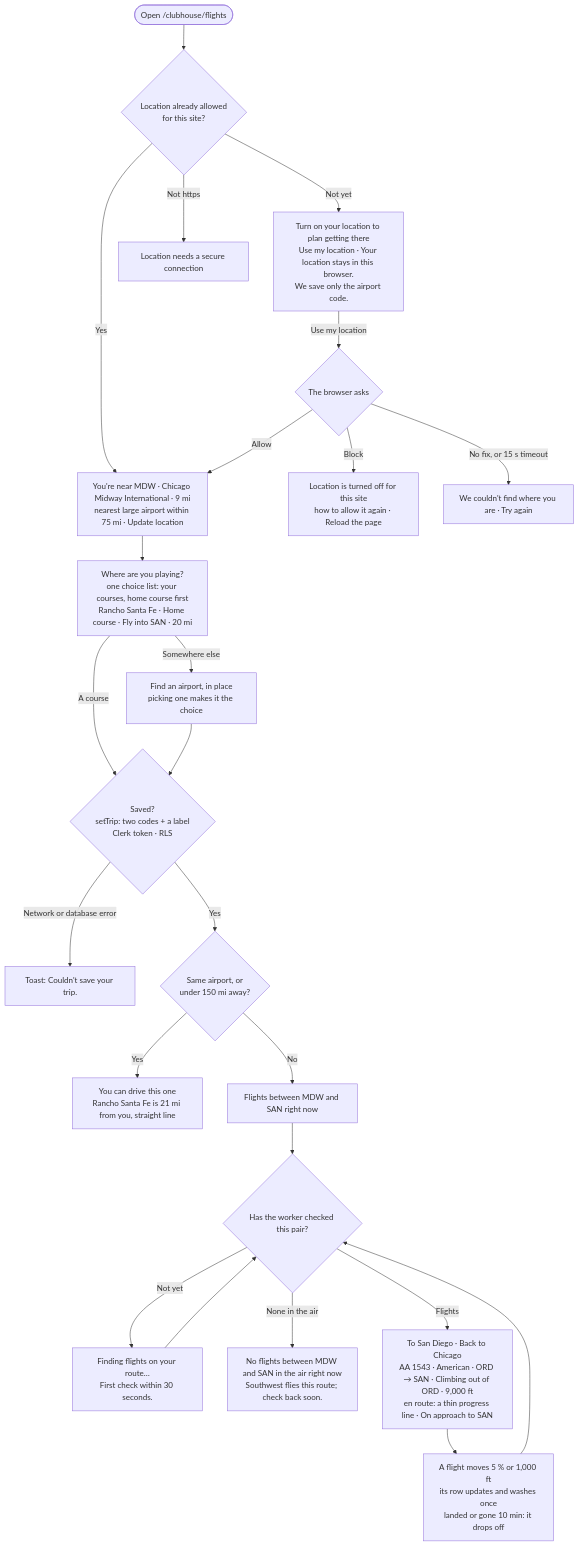
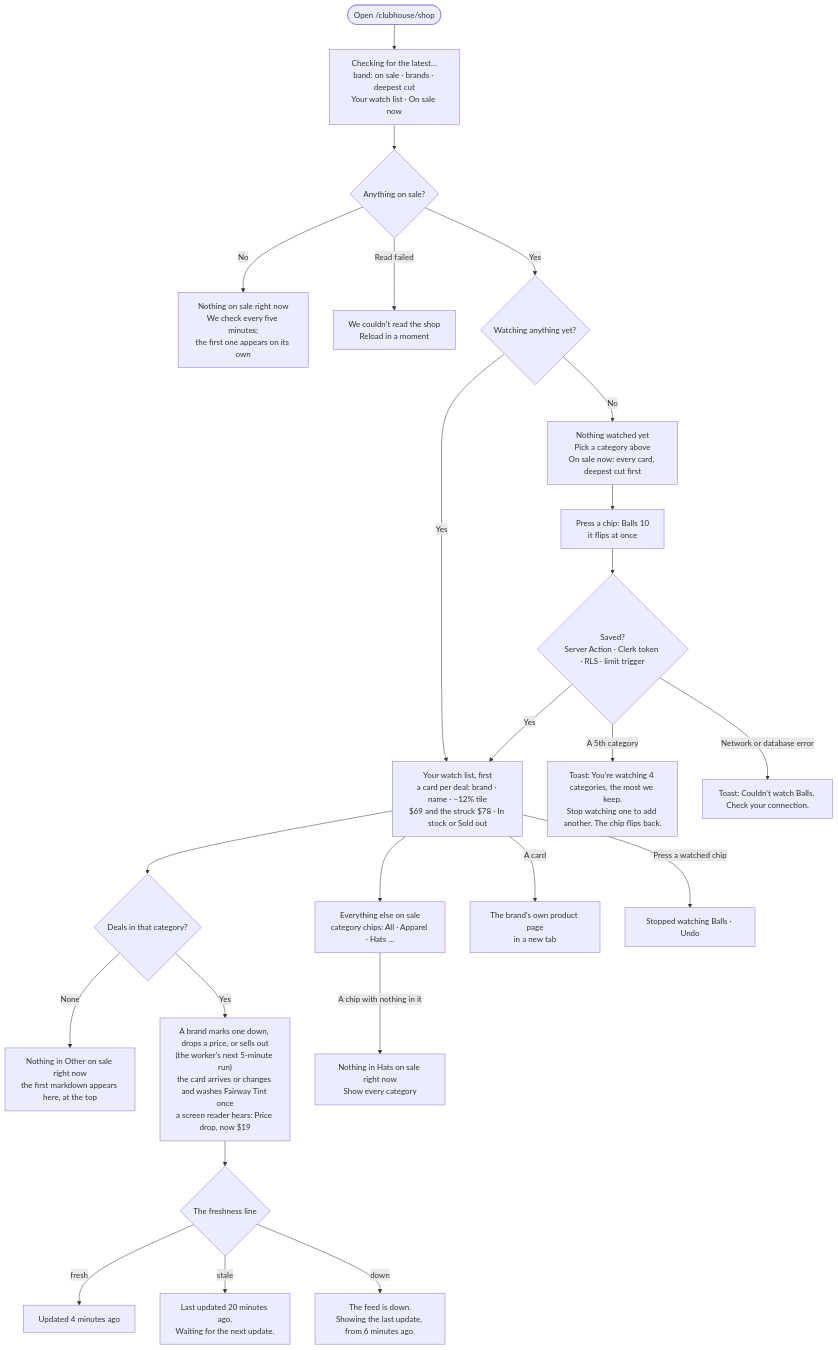
One commit to hewittw/18-eagles-members changed the fifth of 7 diagrams in flows.md. Above: the diagram before and after it, drawn with Mermaid. The commit also changed other lines of this file and 14 other files, not shown here.

Commit message:
docs: Pivot: Flights → Pro Shop (README section, sources and budget, freshness, tests), data-flow after the pivot, flow 5 'Watch a category', per-store terms in credits, talking points, log; diagrams re-rendered

````diff
--- a/flows.md
+++ b/flows.md
@@ -130,26 +130,26 @@
 ```mermaid
 flowchart TD
-  A0([Open /clubhouse/flights]) --> G1{"Location already allowed<br/>for this site?"}
-  G1 -- "Yes" --> L1
-  G1 -- "Not yet" --> G2["Turn on your location to plan getting there<br/>Use my location · Your location stays in this browser.<br/>We save only the airport code."]
-  G2 -- "Use my location" --> G3{"The browser asks"}
-  G3 -- "Block" --> E1["Location is turned off for this site<br/>how to allow it again · Reload the page"]
-  G3 -- "No fix, or 15 s timeout" --> E2["We couldn't find where you are · Try again"]
-  G1 -- "Not https" --> E3["Location needs a secure connection"]
-  G3 -- "Allow" --> L1["You're near MDW · Chicago Midway International · 9 mi<br/>nearest large airport within 75 mi · Update location"]
-  L1 --> W1["Where are you playing?<br/>one choice list: your courses, home course first<br/>Rancho Santa Fe · Home course · Fly into SAN · 20 mi"]
-  W1 -- "Somewhere else" --> W2["Find an airport, in place<br/>picking one makes it the choice"]
-  W1 -- "A course" --> S1
-  W2 --> S1{"Saved?<br/>setTrip: two codes + a label<br/>Clerk token · RLS"}
-  S1 -- "Network or database error" --> E4["Toast: Couldn't save your trip."]
-  S1 -- "Yes" --> D1{"Same airport, or<br/>under 150 mi away?"}
-  D1 -- "Yes" --> D2["You can drive this one<br/>Rancho Santa Fe is 21 mi from you, straight line"]
-  D1 -- "No" --> B1["Flights between MDW and SAN right now"]
-  B1 --> B2{"Has the worker checked this pair?"}
-  B2 -- "Not yet" --> B3["Finding flights on your route…<br/>First check within 30 seconds."]
-  B2 -- "None in the air" --> B4["No flights between MDW and SAN in the air right now<br/>Southwest flies this route; check back soon."]
-  B2 -- "Flights" --> B5["To San Diego · Back to Chicago<br/>AA 1543 · American · ORD → SAN · Climbing out of ORD · 9,000 ft<br/>en route: a thin progress line · On approach to SAN"]
-  B3 --> B2
-  B5 --> B6["A flight moves 5 % or 1,000 ft<br/>its row updates and washes once<br/>landed or gone 10 min: it drops off"]
-  B6 --> B2
+  S0([Open /clubhouse/shop]) --> S1["Checking for the latest…<br/>band: on sale · brands · deepest cut<br/>Your watch list · On sale now"]
+  S1 --> S2{"Anything on sale?"}
+  S2 -- "No" --> S3["Nothing on sale right now<br/>We check every five minutes;<br/>the first one appears on its own"]
+  S2 -- "Read failed" --> E0["We couldn't read the shop<br/>Reload in a moment"]
+  S2 -- "Yes" --> S4{"Watching anything yet?"}
+  S4 -- "No" --> S5["Nothing watched yet<br/>Pick a category above<br/>On sale now: every card, deepest cut first"]
+  S5 --> S6["Press a chip: Balls 10<br/>it flips at once"]
+  S4 -- "Yes" --> S9
+  S6 --> V1{"Saved?<br/>Server Action · Clerk token · RLS · limit trigger"}
+  V1 -- "A 5th category" --> E1["Toast: You're watching 4 categories, the most we keep.<br/>Stop watching one to add another. The chip flips back."]
+  V1 -- "Network or database error" --> E2["Toast: Couldn't watch Balls. Check your connection."]
+  V1 -- "Yes" --> S9["Your watch list, first<br/>a card per deal: brand · name · −12% tile<br/>$69 and the struck $78 · In stock or Sold out"]
+  S9 --> S10{"Deals in that category?"}
+  S10 -- "None" --> S11["Nothing in Other on sale right now<br/>the first markdown appears here, at the top"]
+  S10 -- "Yes" --> S12["A brand marks one down, drops a price, or sells out<br/>(the worker's next 5-minute run)<br/>the card arrives or changes and washes Fairway Tint once<br/>a screen reader hears: Price drop, now $19"]
+  S9 --> S13["Everything else on sale<br/>category chips: All · Apparel · Hats …"]
+  S13 -- "A chip with nothing in it" --> S14["Nothing in Hats on sale right now<br/>Show every category"]
+  S9 -- "A card" --> S15["The brand's own product page<br/>in a new tab"]
+  S9 -- "Press a watched chip" --> U1["Stopped watching Balls · Undo"]
+  S12 --> F1{"The freshness line"}
+  F1 -- "fresh" --> F2["Updated 4 minutes ago"]
+  F1 -- "stale" --> F3["Last updated 20 minutes ago.<br/>Waiting for the next update."]
+  F1 -- "down" --> F4["The feed is down.<br/>Showing the last update, from 6 minutes ago."]
 ```
````
